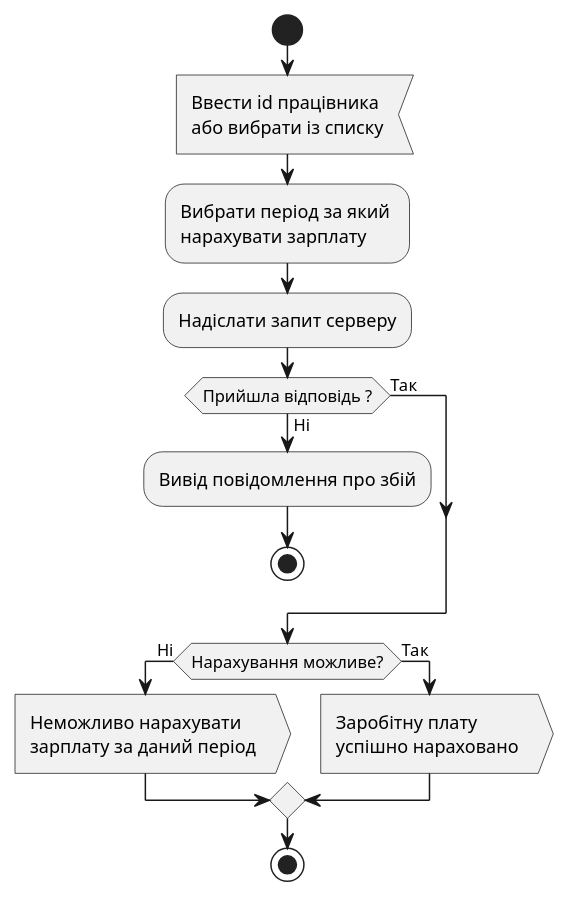
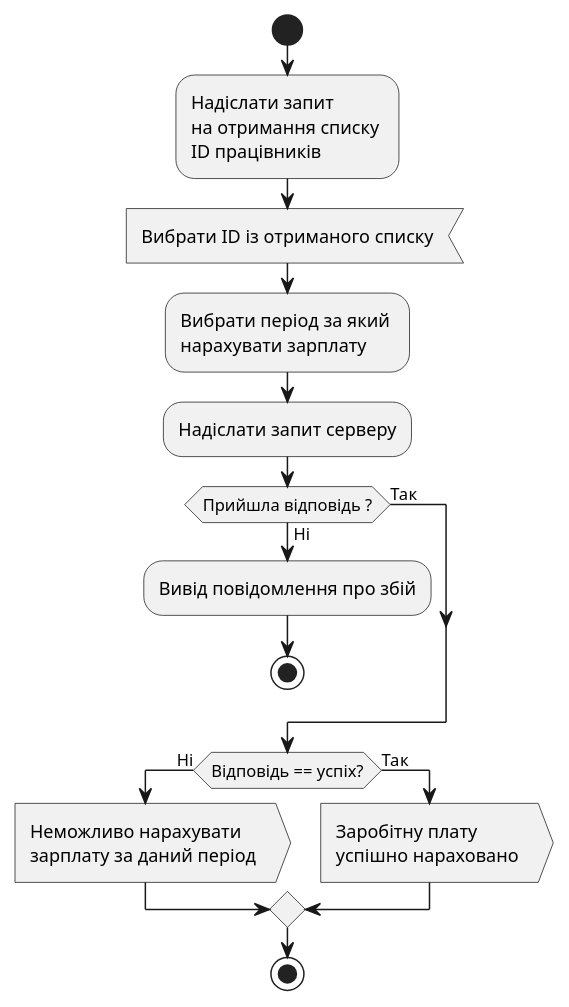
Before and after one commit to kzlk/PayrollEmployeeSystem: the diagram in Labs/Lab#1/Project/UML/ClientSide/pay_on_demand.puml, drawn with PlantUML. The commit also changed 112 other files, not shown here.

```diff
--- a/Labs/Lab#1/Project/UML/ClientSide/pay_on_demand.puml
+++ b/Labs/Lab#1/Project/UML/ClientSide/pay_on_demand.puml
@@ -1,17 +1,18 @@
 @startuml pay_on_demand
 start 
-    :Ввести id працівника\nабо вибрати із списку< 
+    :Надіслати запит \nна отримання списку \nID працівників; 
+    :Вибрати ID із отриманого списку< 
     :Вибрати період за який \nнарахувати зарплату;
     :Надіслати запит серверу;
     if(Прийшла відповідь ?) then (Ні)
     :Вивід повідомлення про збій;
     stop
     else (Так) 
     endif
-if(Нарахування можливе?) then (Ні)
+if(Відповідь == успіх?) then (Ні)
 :Неможливо нарахувати \nзарплату за даний період >
 else (Так)
 :Заробітну плату \nуспішно нараховано >
 endif
 stop
 @enduml
```
